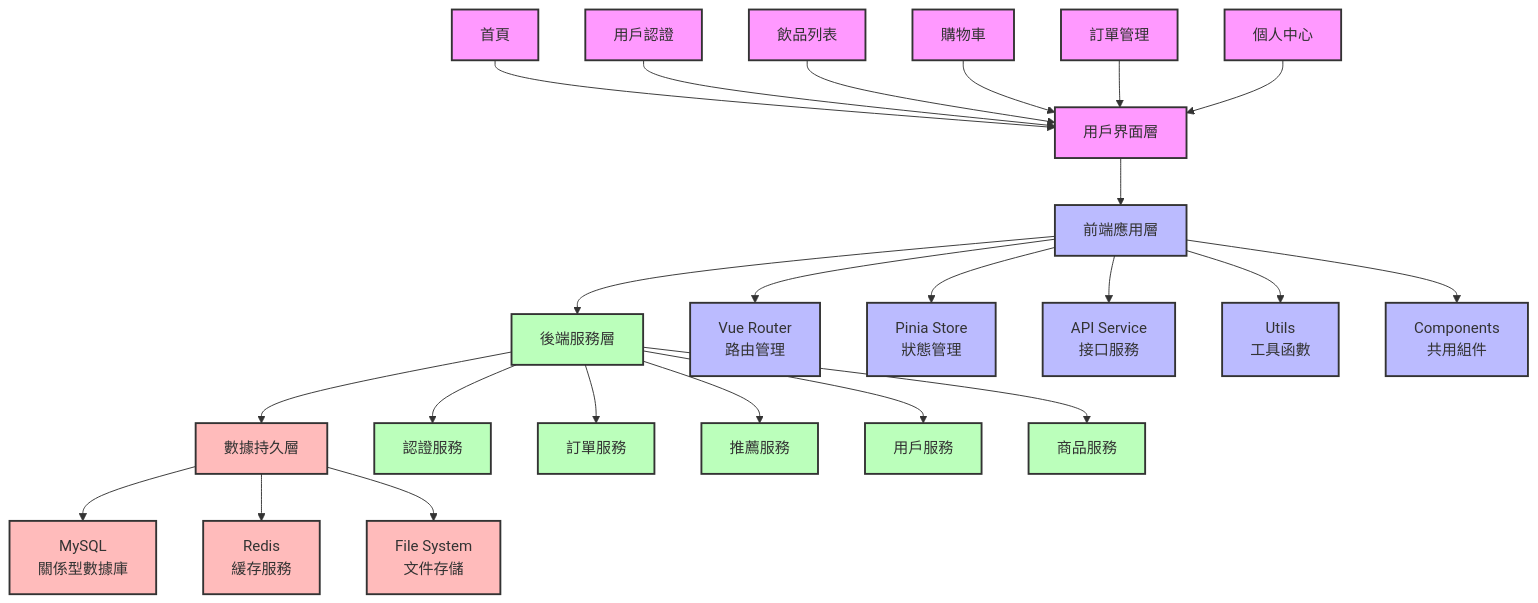
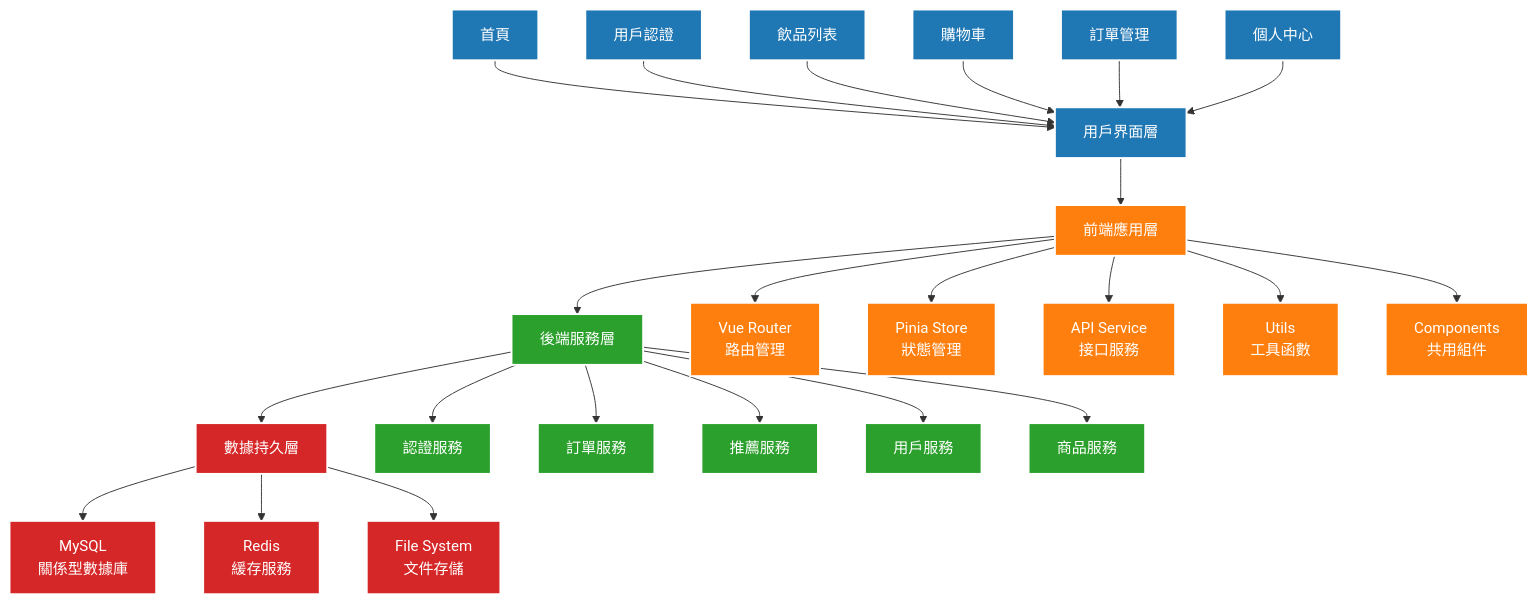
The first of 2 diagrams in README.md (Mark850409/20250127_VueWithFlask), drawn with Mermaid before and after one commit.

````diff
--- a/README.md
+++ b/README.md
@@ -17,44 +17,44 @@
 ```mermaid
 graph TD
     A[用戶界面層] --> B[前端應用層]
     B --> C[後端服務層]
     C --> D[數據持久層]
 
     %% 用戶界面層詳細說明
     A1[首頁] --> A
     A2[用戶認證] --> A
     A3[飲品列表] --> A
     A4[購物車] --> A
     A5[訂單管理] --> A
     A6[個人中心] --> A
 
     %% 前端應用層詳細說明
     B --> B1[Vue Router<br/>路由管理]
     B --> B2[Pinia Store<br/>狀態管理]
     B --> B3[API Service<br/>接口服務]
     B --> B4[Utils<br/>工具函數]
     B --> B5[Components<br/>共用組件]
 
     %% 後端服務層詳細說明
     C --> C1[認證服務]
     C --> C2[訂單服務]
     C --> C3[推薦服務]
     C --> C4[用戶服務]
     C --> C5[商品服務]
 
     %% 數據持久層詳細說明
     D --> D1[MySQL<br/>關係型數據庫]
     D --> D2[Redis<br/>緩存服務]
     D --> D3[File System<br/>文件存儲]
 
-    %% 樣式定義
-    classDef interface fill:#f9f,stroke:#333,stroke-width:2px
-    classDef frontend fill:#bbf,stroke:#333,stroke-width:2px
-    classDef backend fill:#bfb,stroke:#333,stroke-width:2px
-    classDef database fill:#fbb,stroke:#333,stroke-width:2px
+    %% 新樣式定義 - 更佳可讀性
+    classDef interface fill:#1f77b4,stroke:#fff,stroke-width:2px,color:#fff
+    classDef frontend fill:#ff7f0e,stroke:#fff,stroke-width:2px,color:#fff
+    classDef backend fill:#2ca02c,stroke:#fff,stroke-width:2px,color:#fff
+    classDef database fill:#d62728,stroke:#fff,stroke-width:2px,color:#fff
 
     class A,A1,A2,A3,A4,A5,A6 interface
     class B,B1,B2,B3,B4,B5 frontend
     class C,C1,C2,C3,C4,C5 backend
     class D,D1,D2,D3 database
 ```
````
